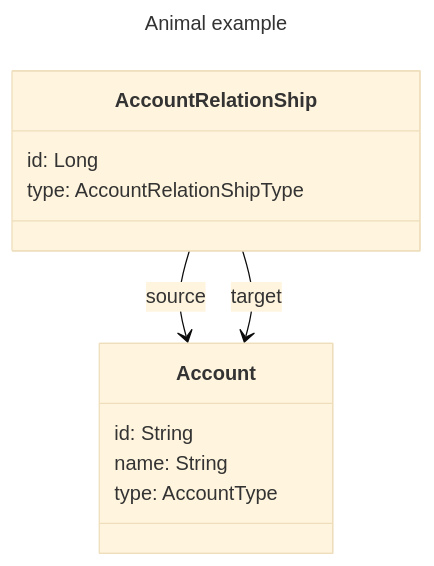
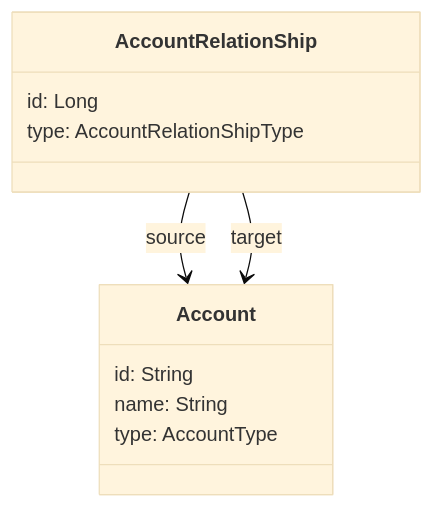
One commit to scalasm/entitlements-demo changed the diagram in docs/data-model.md. Above: the diagram before and after it, drawn with Mermaid (base theme).

Commit message:
Removed title from data model diagram

````diff
--- a/docs/data-model.md
+++ b/docs/data-model.md
@@ -14,19 +14,16 @@
 ```mermaid
----
-title: Animal example
----
 classDiagram
     class Account {
         id: String
         name: String 
         type: AccountType
     }
 
     class AccountRelationShip {
         id: Long
         type: AccountRelationShipType
     }
 
     AccountRelationShip --> Account: source
     AccountRelationShip --> Account: target
 ```
````
